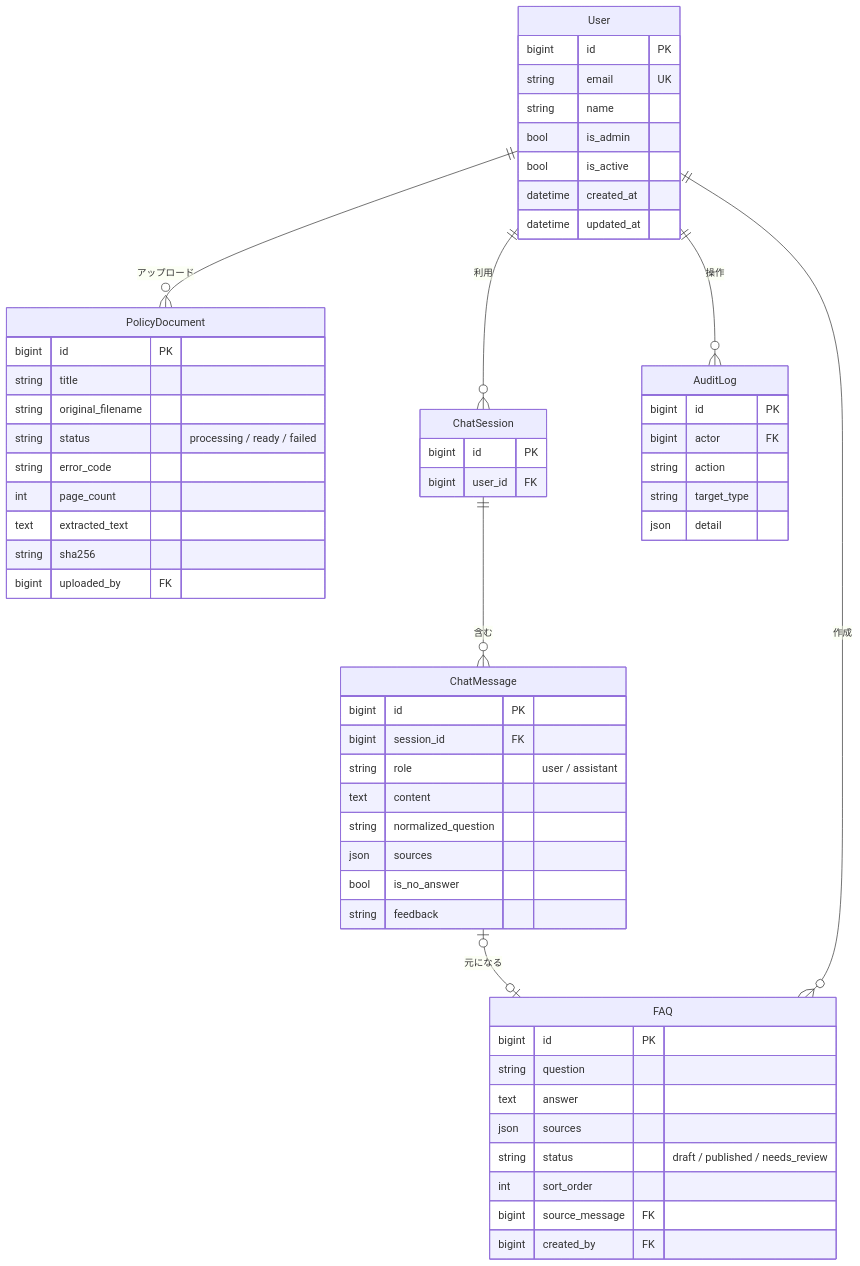
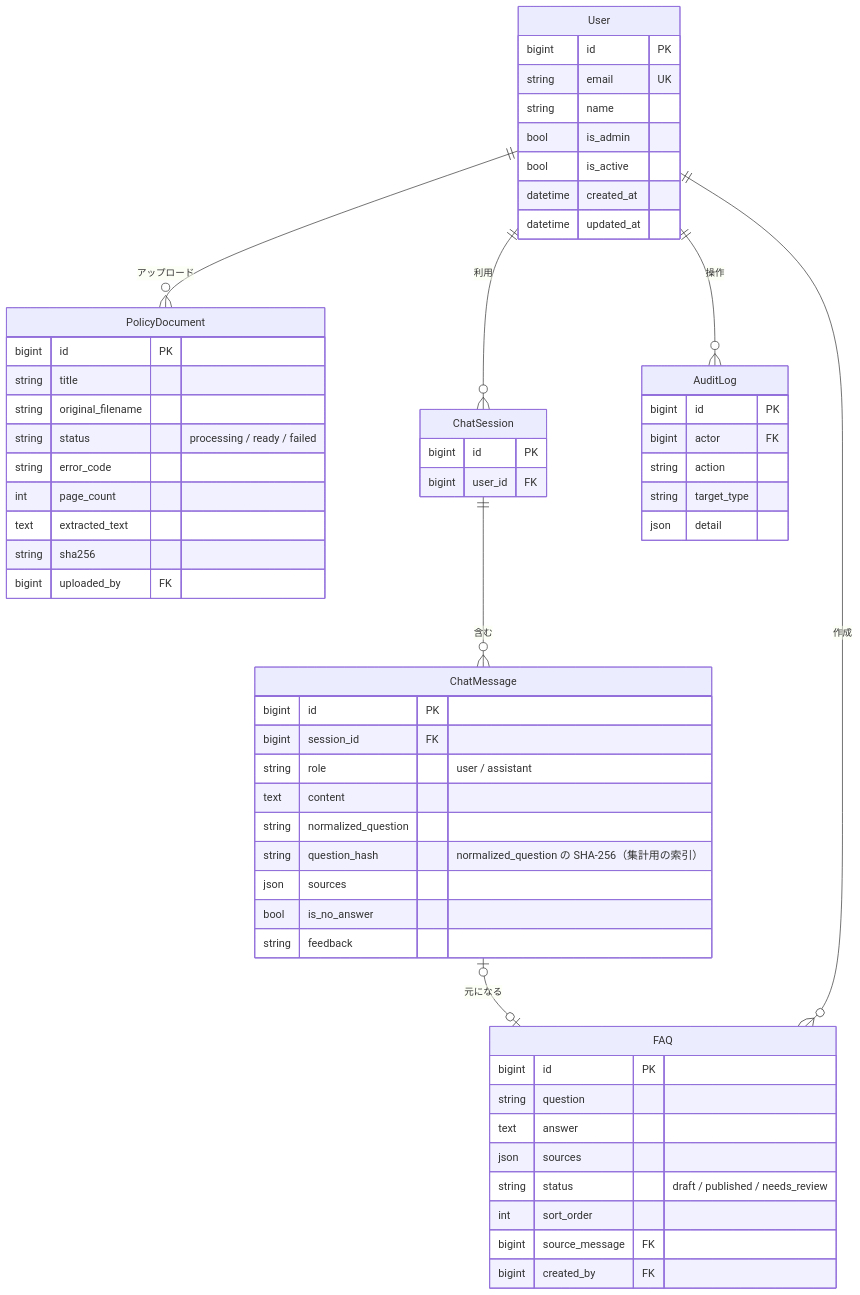
Before and after one commit to Atsushieeeee/hr-policy-app: the fourth of 4 diagrams in README.md, drawn with Mermaid. The commit also changed other lines of this file and 6 other files, not shown here.

````diff
--- a/README.md
+++ b/README.md
@@ -114,61 +114,62 @@
 ```mermaid
 erDiagram
     User ||--o{ PolicyDocument : "アップロード"
     User ||--o{ ChatSession : "利用"
     ChatSession ||--o{ ChatMessage : "含む"
     ChatMessage |o--o| FAQ : "元になる"
     User ||--o{ FAQ : "作成"
     User ||--o{ AuditLog : "操作"
 
     User {
         bigint id PK
         string email UK
         string name
         bool is_admin
         bool is_active
         datetime created_at
         datetime updated_at
     }
     PolicyDocument {
         bigint id PK
         string title
         string original_filename
         string status "processing / ready / failed"
         string error_code
         int page_count
         text extracted_text
         string sha256
         bigint uploaded_by FK
     }
     ChatSession {
         bigint id PK
         bigint user_id FK
     }
     ChatMessage {
         bigint id PK
         bigint session_id FK
         string role "user / assistant"
         text content
         string normalized_question
+        string question_hash "normalized_question の SHA-256（集計用の索引）"
         json sources
         bool is_no_answer
         string feedback
     }
     FAQ {
         bigint id PK
         string question
         text answer
         json sources
         string status "draft / published / needs_review"
         int sort_order
         bigint source_message FK
         bigint created_by FK
     }
     AuditLog {
         bigint id PK
         bigint actor FK
         string action
         string target_type
         json detail
     }
 ```
````
